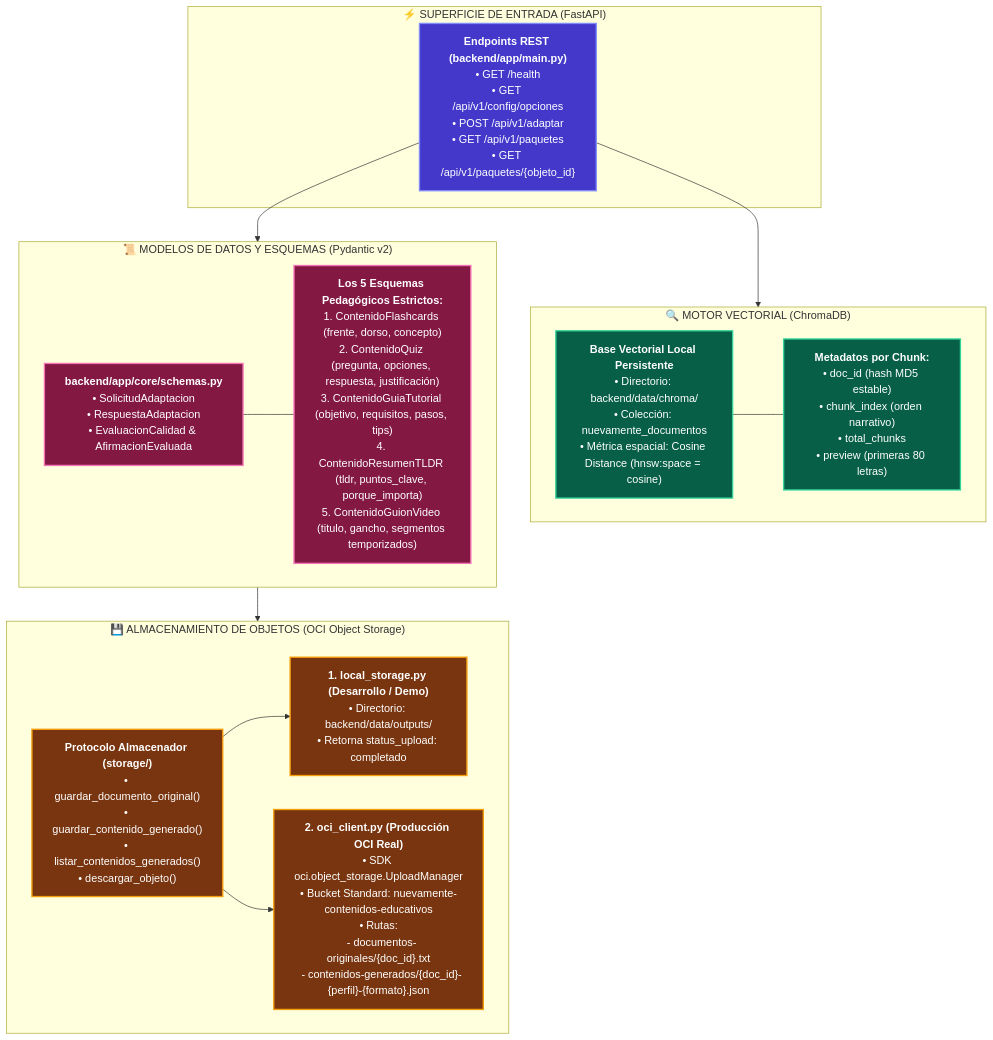
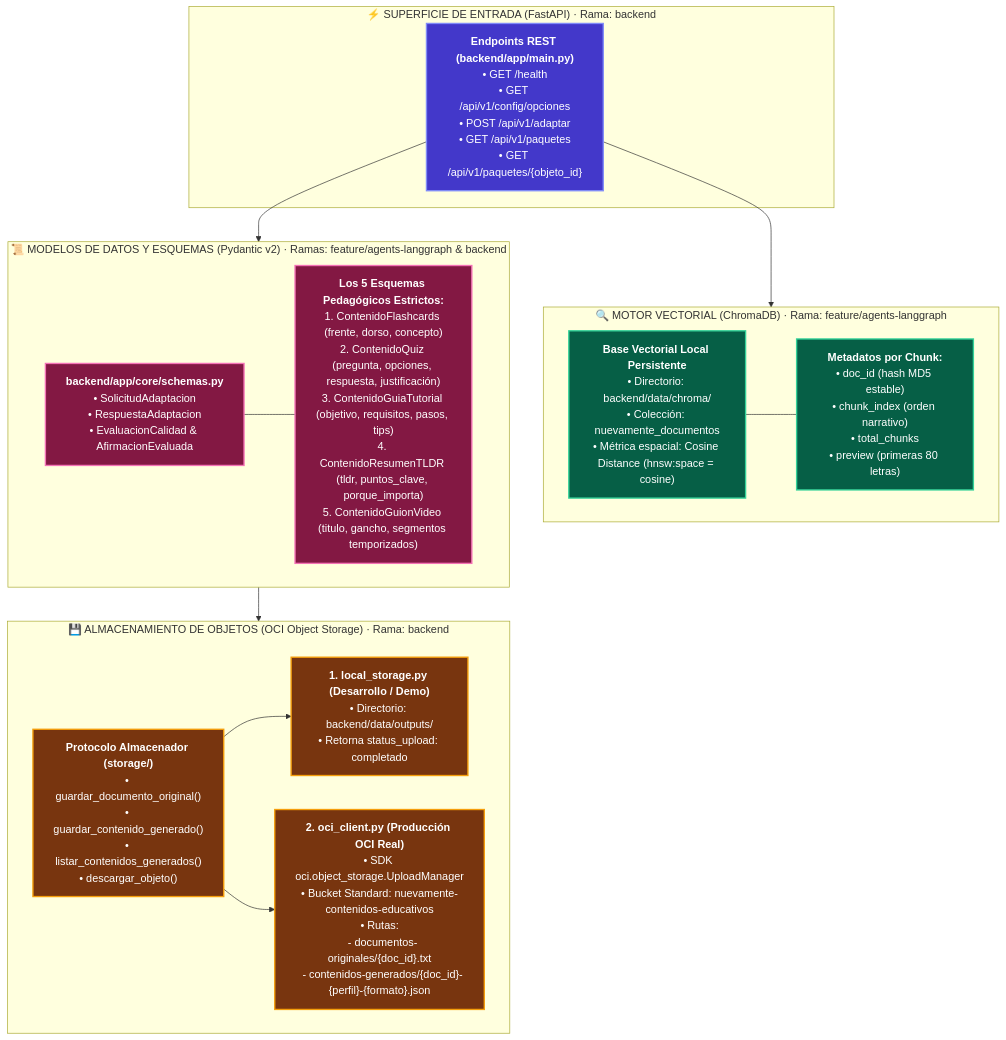
The fifth of 5 diagrams in README.md (No-Country-simulation/G10-LATAM-equipo10NovaMind), drawn with Mermaid before and after one commit. The commit also changed other lines of this file, not shown here.

Commit message:
docs(readme): actualizar diagramas de arquitectura, carpetas, flujo y topologia de integracion multirama

````diff
--- a/README.md
+++ b/README.md
@@ -307,38 +366,38 @@
 ```mermaid
 graph TD
     %% Estilos
     classDef api fill:#4338ca,stroke:#818cf8,stroke-width:2px,color:#ffffff;
     classDef vector fill:#065f46,stroke:#34d399,stroke-width:2px,color:#ffffff;
     classDef schema fill:#831843,stroke:#f472b6,stroke-width:2px,color:#ffffff;
     classDef storage fill:#78350f,stroke:#f59e0b,stroke-width:2px,color:#ffffff;
 
-    subgraph API_SURFACE ["⚡ SUPERFICIE DE ENTRADA (FastAPI)"]
+    subgraph API_SURFACE ["⚡ SUPERFICIE DE ENTRADA (FastAPI) · Rama: backend"]
         ENDPOINTS["<b>Endpoints REST (backend/app/main.py)</b><br/>• GET /health<br/>• GET /api/v1/config/opciones<br/>• POST /api/v1/adaptar<br/>• GET /api/v1/paquetes<br/>• GET /api/v1/paquetes/{objeto_id}"]:::api
     end
 
-    subgraph VECTOR_ENGINE ["🔍 MOTOR VECTORIAL (ChromaDB)"]
+    subgraph VECTOR_ENGINE ["🔍 MOTOR VECTORIAL (ChromaDB) · Rama: feature/agents-langgraph"]
         CHROMA_PERSIST["<b>Base Vectorial Local Persistente</b><br/>• Directorio: backend/data/chroma/<br/>• Colección: nuevamente_documentos<br/>• Métrica espacial: Cosine Distance (hnsw:space = cosine)"]:::vector
         CHROMA_META["<b>Metadatos por Chunk:</b><br/>• doc_id (hash MD5 estable)<br/>• chunk_index (orden narrativo)<br/>• total_chunks<br/>• preview (primeras 80 letras)"]:::vector
         CHROMA_PERSIST --- CHROMA_META
     end
 
-    subgraph CONTRACTS ["📜 MODELOS DE DATOS Y ESQUEMAS (Pydantic v2)"]
+    subgraph CONTRACTS ["📜 MODELOS DE DATOS Y ESQUEMAS (Pydantic v2) · Ramas: feature/agents-langgraph & backend"]
         SCHEMA_CORE["<b>backend/app/core/schemas.py</b><br/>• SolicitudAdaptacion<br/>• RespuestaAdaptacion<br/>• EvaluacionCalidad & AfirmacionEvaluada"]:::schema
         SCHEMA_FORMATS["<b>Los 5 Esquemas Pedagógicos Estrictos:</b><br/>1. ContenidoFlashcards (frente, dorso, concepto)<br/>2. ContenidoQuiz (pregunta, opciones, respuesta, justificación)<br/>3. ContenidoGuiaTutorial (objetivo, requisitos, pasos, tips)<br/>4. ContenidoResumenTLDR (tldr, puntos_clave, porque_importa)<br/>5. ContenidoGuionVideo (titulo, gancho, segmentos temporizados)"]:::schema
         SCHEMA_CORE --- SCHEMA_FORMATS
     end
 
-    subgraph OBJECT_STORAGE ["💾 ALMACENAMIENTO DE OBJETOS (OCI Object Storage)"]
+    subgraph OBJECT_STORAGE ["💾 ALMACENAMIENTO DE OBJETOS (OCI Object Storage) · Rama: backend"]
         INTERFACE["<b>Protocolo Almacenador (storage/)</b><br/>• guardar_documento_original()<br/>• guardar_contenido_generado()<br/>• listar_contenidos_generados()<br/>• descargar_objeto()"]:::storage
         
         MOCK_IMPL["<b>1. local_storage.py (Desarrollo / Demo)</b><br/>• Directorio: backend/data/outputs/<br/>• Retorna status_upload: completado"]:::storage
         OCI_IMPL["<b>2. oci_client.py (Producción OCI Real)</b><br/>• SDK oci.object_storage.UploadManager<br/>• Bucket Standard: nuevamente-contenidos-educativos<br/>• Rutas:<br/>  - documentos-originales/{doc_id}.txt<br/>  - contenidos-generados/{doc_id}-{perfil}-{formato}.json"]:::storage
 
         INTERFACE --> MOCK_IMPL
         INTERFACE --> OCI_IMPL
     end
 
     ENDPOINTS --> CONTRACTS
     ENDPOINTS --> VECTOR_ENGINE
     CONTRACTS --> OBJECT_STORAGE
 ```
````
